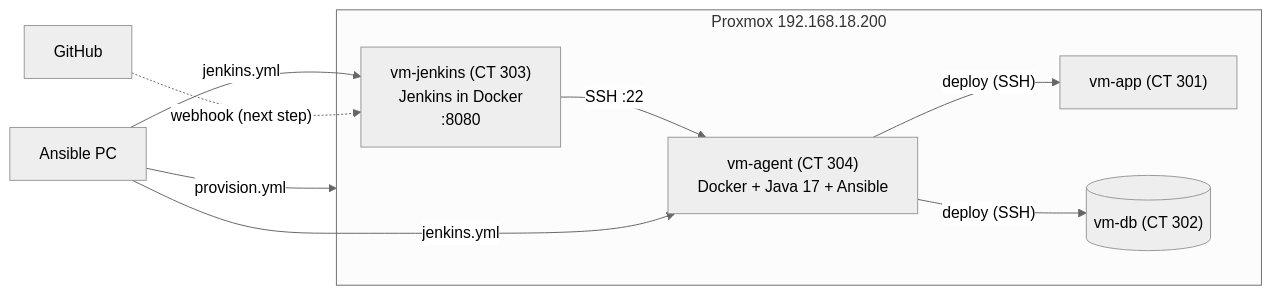
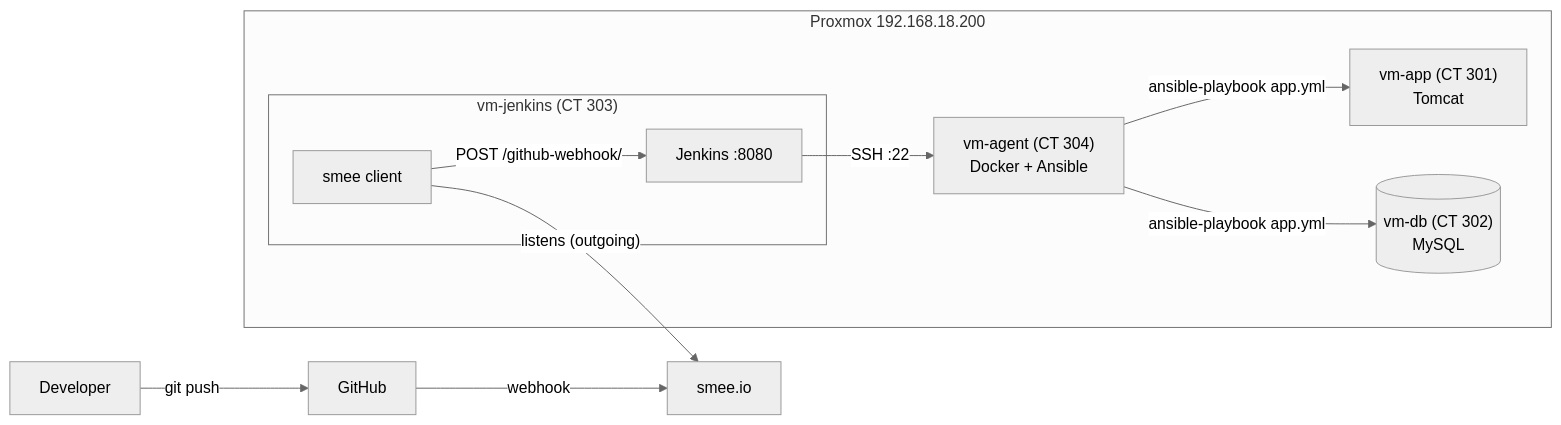
The diagram in README.md (nazariybu/travelagency), drawn with Mermaid (neutral theme) before and after one commit. The commit also changed other lines of this file and 2 other files, not shown here.

Commit message:
Add REPORT.md for Travel Agency CI/CD setup with Jenkins

````diff
--- a/README.md
+++ b/README.md
@@ -39,20 +44,24 @@
 ```mermaid
 flowchart LR
-    PC["Ansible PC"]
+    DEV["Developer"]
     GH["GitHub"]
+    SMEE["smee.io"]
 
     subgraph PVE["Proxmox 192.168.18.200"]
-        J["vm-jenkins (CT 303)<br/>Jenkins in Docker<br/>:8080"]
-        AG["vm-agent (CT 304)<br/>Docker + Java 17 + Ansible"]
-        APP["vm-app (CT 301)"]
-        DB[("vm-db (CT 302)")]
+        subgraph JH["vm-jenkins (CT 303)"]
+            SC["smee client"]
+            J["Jenkins :8080"]
+        end
+        AG["vm-agent (CT 304)<br/>Docker + Ansible"]
+        APP["vm-app (CT 301)<br/>Tomcat"]
+        DB[("vm-db (CT 302)<br/>MySQL")]
+        SC -->|"POST /github-webhook/"| J
         J -->|"SSH :22"| AG
-        AG -->|"deploy (SSH)"| APP
-        AG -->|"deploy (SSH)"| DB
+        AG -->|"ansible-playbook app.yml"| APP
+        AG -->|"ansible-playbook app.yml"| DB
     end
 
-    PC -->|"provision.yml"| PVE
-    PC -->|"jenkins.yml"| J
-    PC -->|"jenkins.yml"| AG
-    GH -.->|"webhook (next step)"| J
+    DEV -->|"git push"| GH
+    GH -->|"webhook"| SMEE
+    SC -->|"listens (outgoing)"| SMEE
 ```
````
